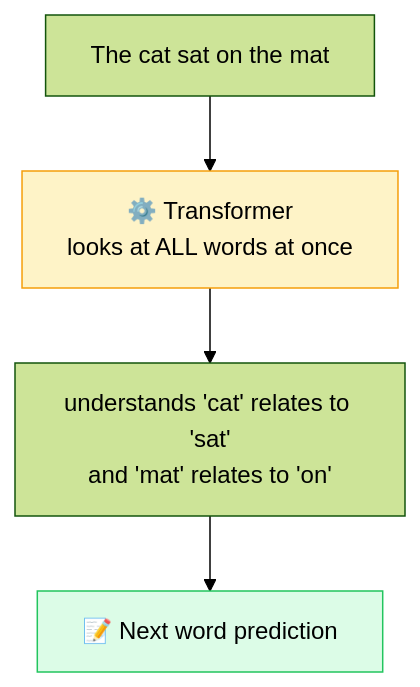
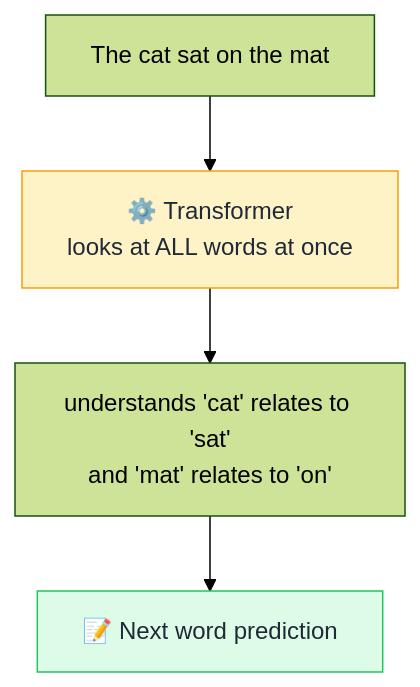
One commit to behnia137/ai-for-beginners-visual changed the diagram in concepts/transformer.md. Above: the diagram before and after it, drawn with Mermaid (forest theme). The commit also changed 32 other files, not shown here.

First line of the commit message:
Fix mermaid box text contrast for dark/light mode

````diff
--- a/concepts/transformer.md
+++ b/concepts/transformer.md
@@ -7,8 +7,8 @@
 ```mermaid
 flowchart TB
     A["The cat sat on the mat"] --> B[⚙️ Transformer<br/>looks at ALL words at once]
     B --> C["understands 'cat' relates to 'sat'<br/>and 'mat' relates to 'on'"]
     C --> D[📝 Next word prediction]
-    style B fill:#fef3c7,stroke:#f59e0b
-    style D fill:#dcfce7,stroke:#22c55e
+    style B fill:#fef3c7,stroke:#f59e0b,color:#1f2937
+    style D fill:#dcfce7,stroke:#22c55e,color:#1f2937
 ```
````
